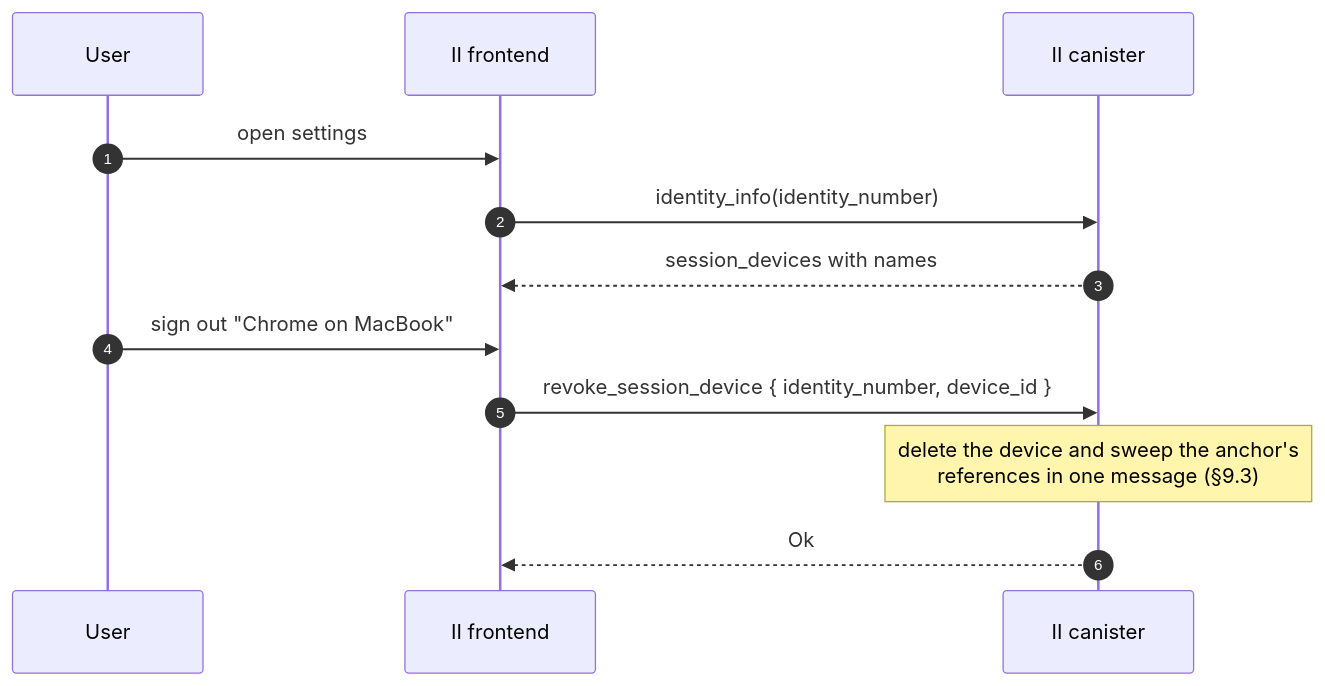
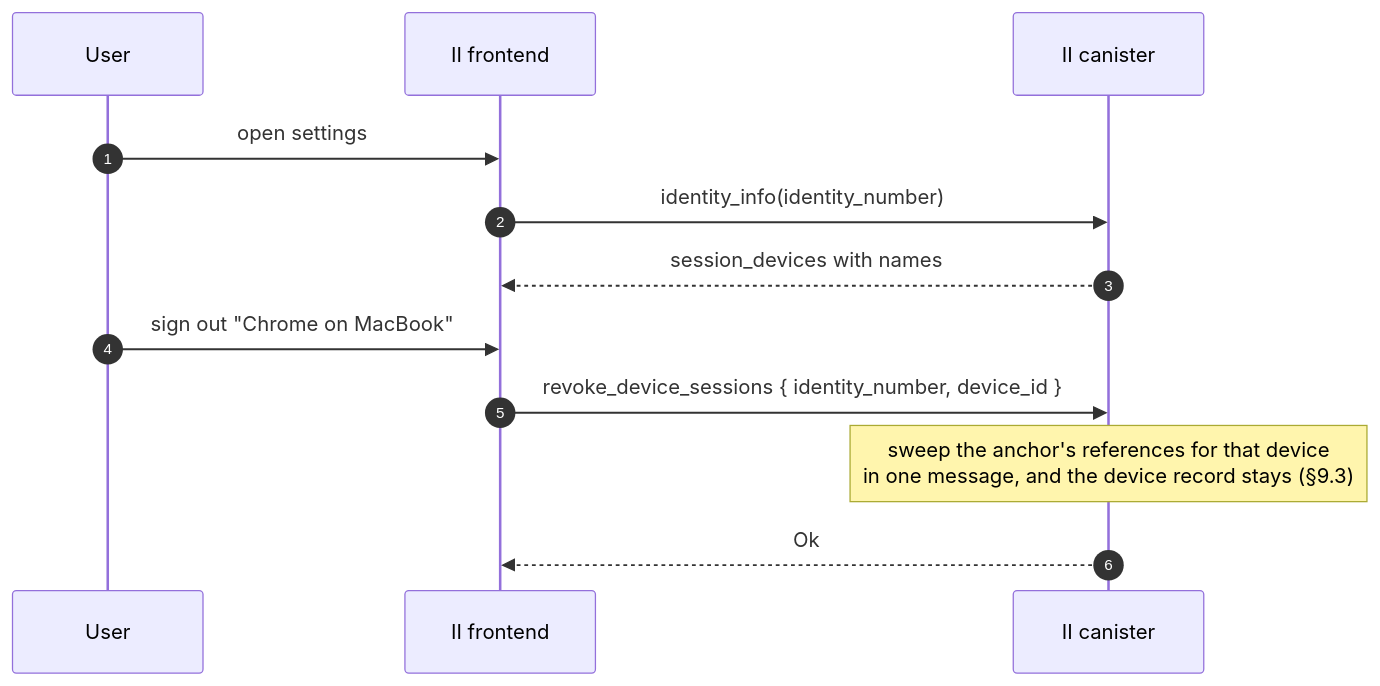
One commit to dfinity/internet-identity changed the seventh of 7 diagrams in docs/ongoing/revocable-app-sessions.md. Above: the diagram before and after it, drawn with Mermaid. The commit also changed other lines of this file, not shown here.

First line of the commit message:
docs: rename the revocation methods, and make one match its name

````diff
--- a/docs/ongoing/revocable-app-sessions.md
+++ b/docs/ongoing/revocable-app-sessions.md
@@ -495,14 +495,14 @@
 ```mermaid
 sequenceDiagram
     autonumber
     participant User
     participant IIF as II frontend
     participant IIC as II canister
     User->>IIF: open settings
     IIF->>IIC: identity_info(identity_number)
     IIC-->>IIF: session_devices with names
     User->>IIF: sign out "Chrome on MacBook"
-    IIF->>IIC: revoke_session_device { identity_number, device_id }
-    Note over IIC: delete the device and sweep the anchor's<br/>references in one message (§9.3)
+    IIF->>IIC: revoke_device_sessions { identity_number, device_id }
+    Note over IIC: sweep the anchor's references for that device<br/>in one message, and the device record stays (§9.3)
     IIC-->>IIF: Ok
 ```
````
